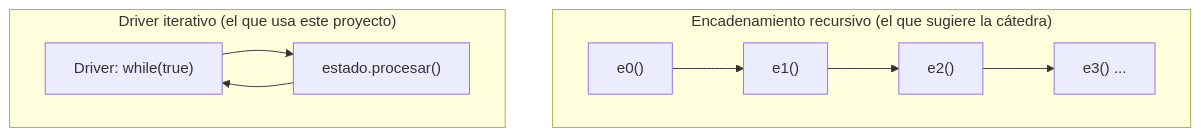
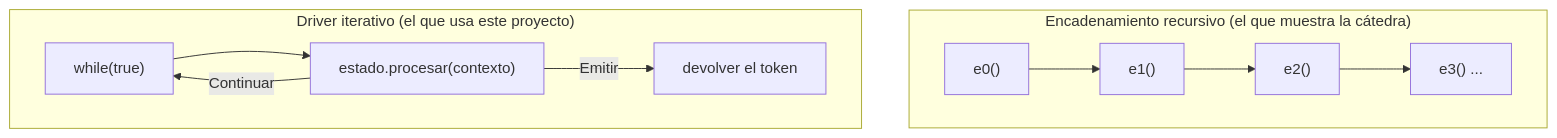
Before and after one commit to agustinpaul0/Proyecto-CEI: the fourth of 4 diagrams in documentacion/arquitectura.md, drawn with Mermaid. The commit also changed other lines of this file and 31 other files, not shown here.

````diff
--- a/documentacion/arquitectura.md
+++ b/documentacion/arquitectura.md
@@ -124,10 +173,11 @@
 ```mermaid
 flowchart TD
-    subgraph Recursivo["Encadenamiento recursivo (el que sugiere la cátedra)"]
+    subgraph Recursivo["Encadenamiento recursivo (el que muestra la cátedra)"]
         e0r["e0()"] --> e1r["e1()"] --> e2r["e2()"] --> e3r["e3() ..."]
     end
     subgraph Iterativo["Driver iterativo (el que usa este proyecto)"]
-        D["Driver: while(true)"] --> S1["estado.procesar()"]
-        S1 --> D
+        D["while(true)"] --> S1["estado.procesar(contexto)"]
+        S1 -->|Continuar| D
+        S1 -->|Emitir| F["devolver el token"]
     end
 ```
````
